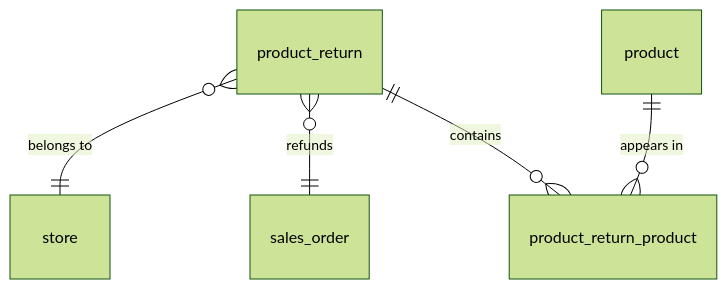
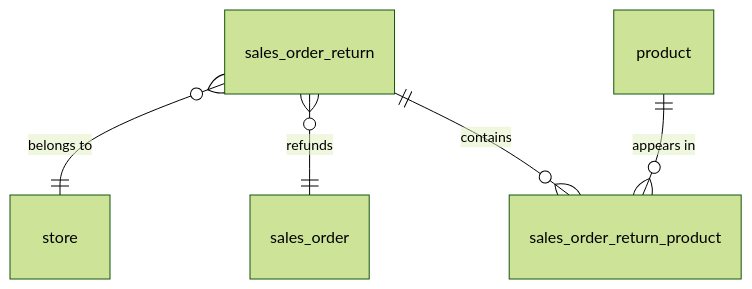
The seventh of 7 diagrams in docs/database.md (Shahrukh489/gekkosuite-api), drawn with Mermaid (forest theme) before and after one commit. The commit also changed other lines of this file and 2 other files, not shown here.

````diff
--- a/docs/database.md
+++ b/docs/database.md
@@ -250,7 +272,7 @@
 ```mermaid
 erDiagram
-    product_return }o--|| store : "belongs to"
-    product_return }o--|| sales_order : "refunds"
-    product_return ||--o{ product_return_product : "contains"
-    product        ||--o{ product_return_product : "appears in"
+    sales_order_return }o--|| store : "belongs to"
+    sales_order_return }o--|| sales_order : "refunds"
+    sales_order_return ||--o{ sales_order_return_product : "contains"
+    product            ||--o{ sales_order_return_product : "appears in"
 ```
````
